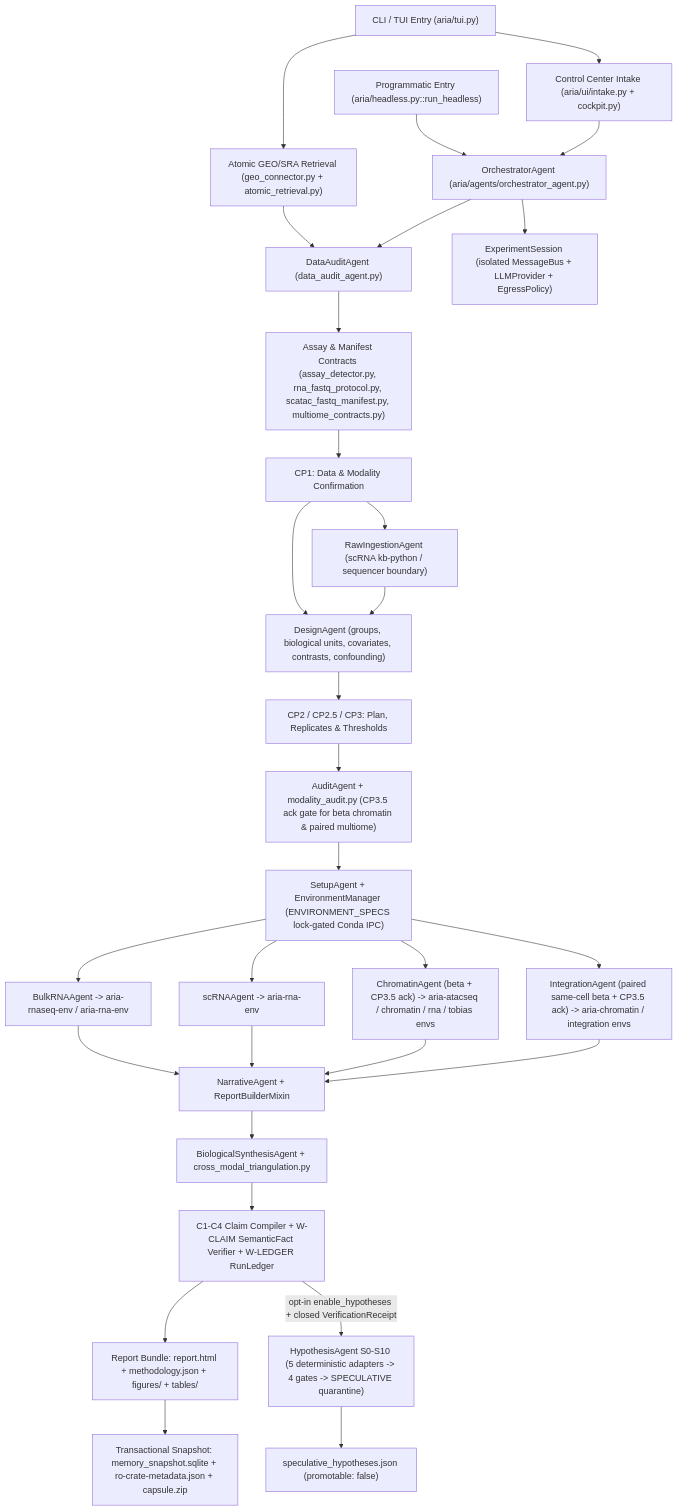
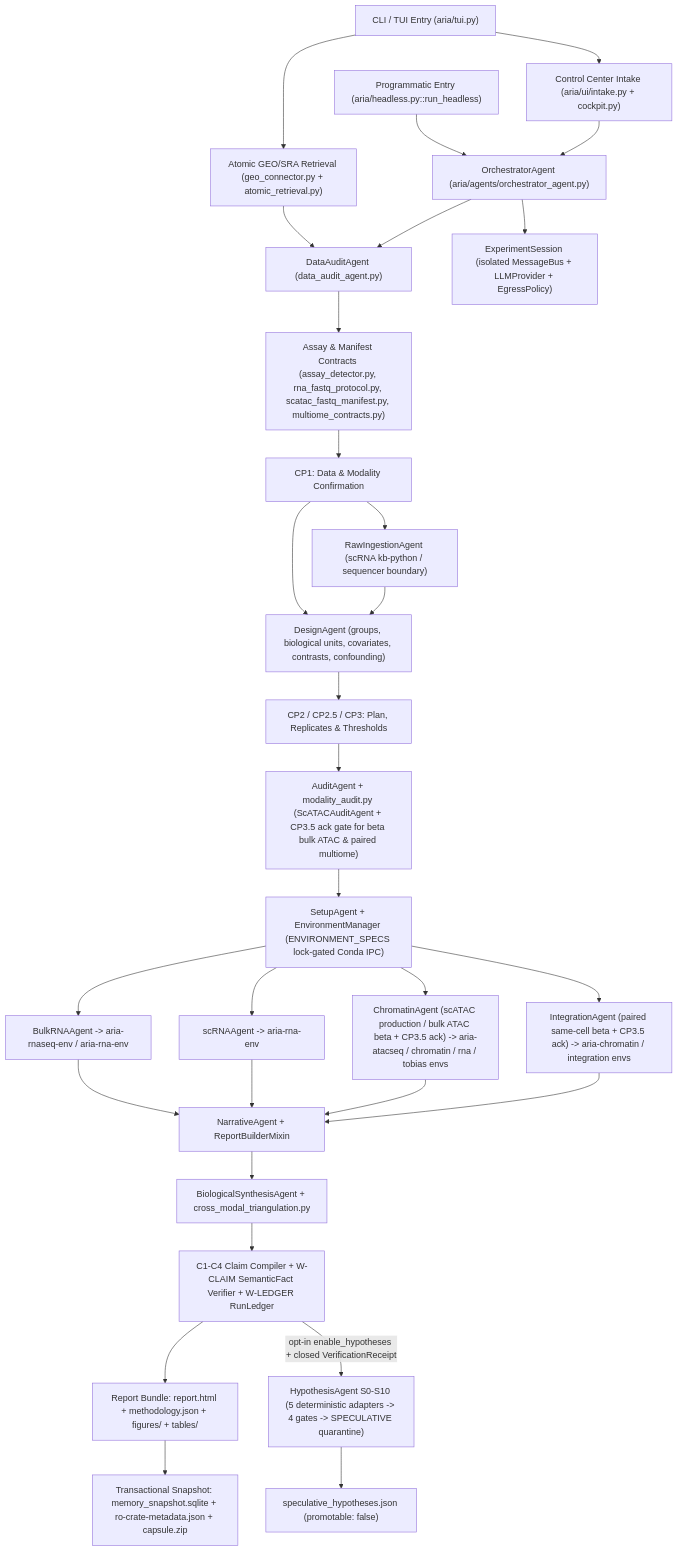
One commit to Olascoaga/aria-omics changed the diagram in docs/architecture/code_graph.md. Above: the diagram before and after it, drawn with Mermaid. The commit also changed other lines of this file and 41 other files, not shown here.

Commit message:
feat(chromatin): universal multi-platform scATAC engine and promote scATAC to production (ADR-076)

````diff
--- a/docs/architecture/code_graph.md
+++ b/docs/architecture/code_graph.md
@@ -9,36 +9,36 @@
 ```mermaid
 flowchart TD
     CLI["CLI / TUI Entry (aria/tui.py)"] --> INTAKE["Control Center Intake (aria/ui/intake.py + cockpit.py)"]
     HEADLESS["Programmatic Entry (aria/headless.py::run_headless)"] --> ORCH
     CLI --> GEO["Atomic GEO/SRA Retrieval (geo_connector.py + atomic_retrieval.py)"]
     INTAKE --> ORCH["OrchestratorAgent (aria/agents/orchestrator_agent.py)"]
     GEO --> DA["DataAuditAgent (data_audit_agent.py)"]
     ORCH --> SESSION["ExperimentSession (isolated MessageBus + LLMProvider + EgressPolicy)"]
     ORCH --> DA
 
     DA --> ASSAY["Assay & Manifest Contracts (assay_detector.py, rna_fastq_protocol.py, scatac_fastq_manifest.py, multiome_contracts.py)"]
     ASSAY --> CP1["CP1: Data & Modality Confirmation"]
     CP1 --> RAW["RawIngestionAgent (scRNA kb-python / sequencer boundary)"]
     CP1 --> DESIGN["DesignAgent (groups, biological units, covariates, contrasts, confounding)"]
     RAW --> DESIGN
     DESIGN --> CP2["CP2 / CP2.5 / CP3: Plan, Replicates & Thresholds"]
-    CP2 --> AUDIT["AuditAgent + modality_audit.py (CP3.5 ack gate for beta chromatin & paired multiome)"]
+    CP2 --> AUDIT["AuditAgent + modality_audit.py (ScATACAuditAgent + CP3.5 ack gate for beta bulk ATAC & paired multiome)"]
     AUDIT --> SETUP["SetupAgent + EnvironmentManager (ENVIRONMENT_SPECS lock-gated Conda IPC)"]
 
     SETUP --> BULK["BulkRNAAgent -> aria-rnaseq-env / aria-rna-env"]
     SETUP --> SCRNA["scRNAAgent -> aria-rna-env"]
-    SETUP --> CHROM["ChromatinAgent (beta + CP3.5 ack) -> aria-atacseq / chromatin / rna / tobias envs"]
+    SETUP --> CHROM["ChromatinAgent (scATAC production / bulk ATAC beta + CP3.5 ack) -> aria-atacseq / chromatin / rna / tobias envs"]
     SETUP --> INTEG["IntegrationAgent (paired same-cell beta + CP3.5 ack) -> aria-chromatin / integration envs"]
 
     BULK --> NARR["NarrativeAgent + ReportBuilderMixin"]
     SCRNA --> NARR
     CHROM --> NARR
     INTEG --> NARR
 
     NARR --> SYNTH["BiologicalSynthesisAgent + cross_modal_triangulation.py"]
     SYNTH --> COMPILER["C1-C4 Claim Compiler + W-CLAIM SemanticFact Verifier + W-LEDGER RunLedger"]
     COMPILER --> BUNDLE["Report Bundle: report.html + methodology.json + figures/ + tables/"]
     BUNDLE --> CAPSULE["Transactional Snapshot: memory_snapshot.sqlite + ro-crate-metadata.json + capsule.zip"]
     COMPILER -->|opt-in enable_hypotheses + closed VerificationReceipt| HYPO["HypothesisAgent S0-S10 (5 deterministic adapters -> 4 gates -> SPECULATIVE quarantine)"]
     HYPO --> SPEC_JSON["speculative_hypotheses.json (promotable: false)"]
 ```
````
